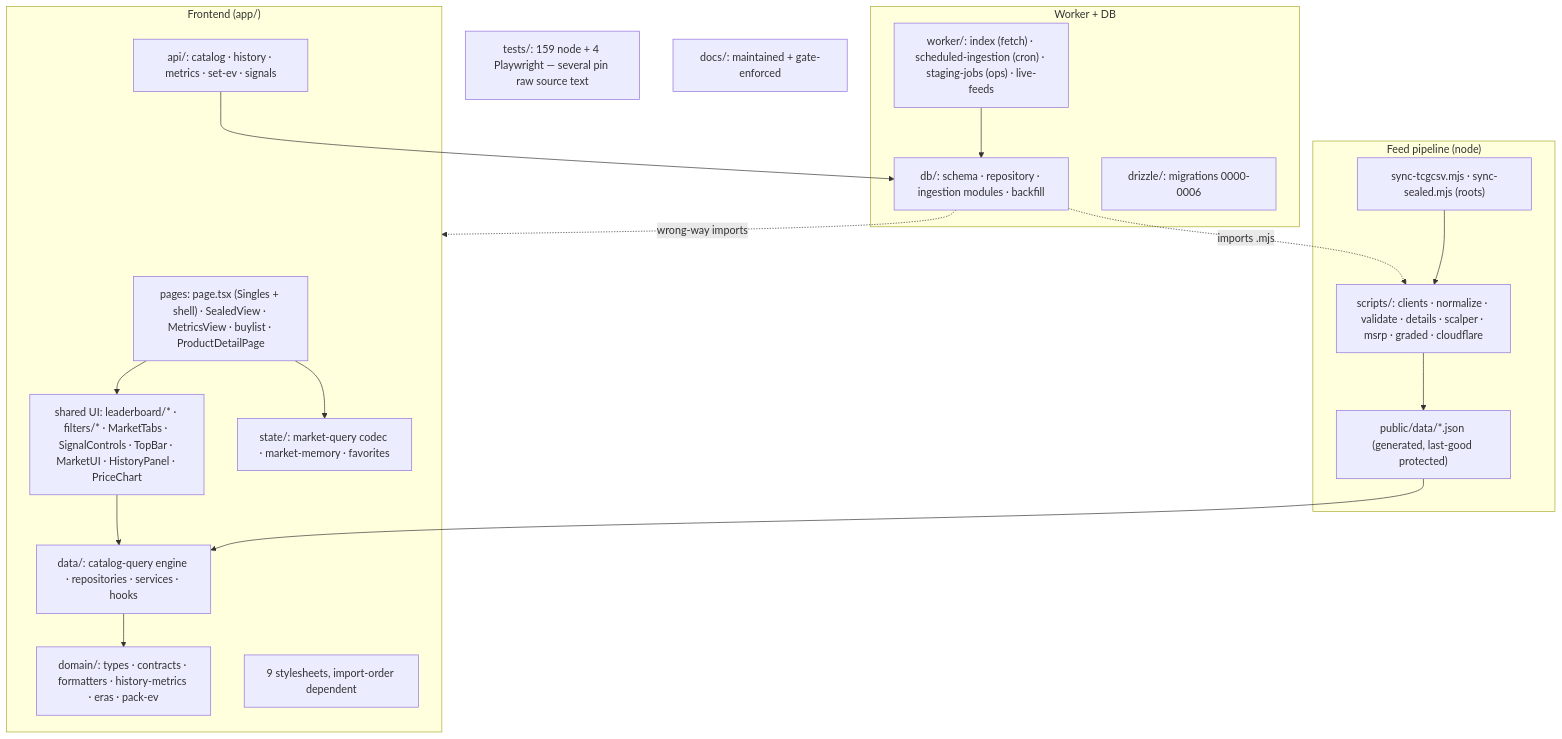
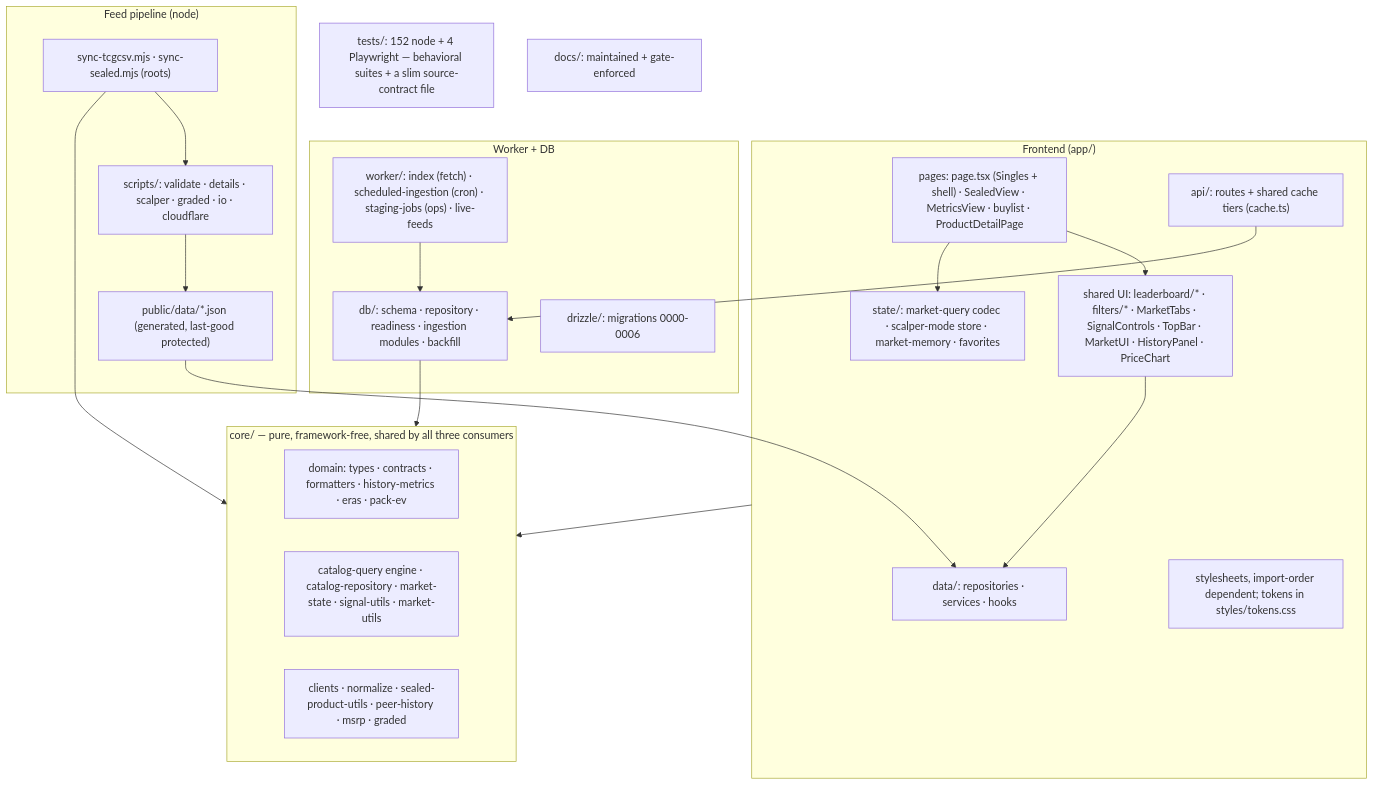
Before and after one commit to cjord/rawsignal: the first of 3 diagrams in docs/helicopter-view.md, drawn with Mermaid. The commit also changed other lines of this file and 2 other files, not shown here.

First line of the commit message:
docs: helicopter view follows the core/ layering; record the rulings

````diff
--- a/docs/helicopter-view.md
+++ b/docs/helicopter-view.md
@@ -19,33 +19,38 @@
 ```mermaid
 flowchart TB
   subgraph frontend["Frontend (app/)"]
     pages["pages: page.tsx (Singles + shell) · SealedView · MetricsView · buylist · ProductDetailPage"]
     prims["shared UI: leaderboard/* · filters/* · MarketTabs · SignalControls · TopBar · MarketUI · HistoryPanel · PriceChart"]
-    state["state/: market-query codec · market-memory · favorites"]
-    dataL["data/: catalog-query engine · repositories · services · hooks"]
-    domain["domain/: types · contracts · formatters · history-metrics · eras · pack-ev"]
-    api["api/: catalog · history · metrics · set-ev · signals"]
-    css["9 stylesheets, import-order dependent"]
+    state["state/: market-query codec · scalper-mode store · market-memory · favorites"]
+    dataL["data/: repositories · services · hooks"]
+    api["api/: routes + shared cache tiers (cache.ts)"]
+    css["stylesheets, import-order dependent; tokens in styles/tokens.css"]
+  end
+  subgraph core["core/ — pure, framework-free, shared by all three consumers"]
+    domain["domain: types · contracts · formatters · history-metrics · eras · pack-ev"]
+    engine["catalog-query engine · catalog-repository · market-state · signal-utils · market-utils"]
+    pipe["clients · normalize · sealed-product-utils · peer-history · msrp · graded"]
   end
   subgraph backend["Worker + DB"]
     worker["worker/: index (fetch) · scheduled-ingestion (cron) · staging-jobs (ops) · live-feeds"]
-    db["db/: schema · repository · ingestion modules · backfill"]
+    db["db/: schema · repository · readiness · ingestion modules · backfill"]
     drizzle["drizzle/: migrations 0000-0006"]
   end
   subgraph pipeline["Feed pipeline (node)"]
     sync["sync-tcgcsv.mjs · sync-sealed.mjs (roots)"]
-    scripts["scripts/: clients · normalize · validate · details · scalper · msrp · graded · cloudflare"]
+    scripts["scripts/: validate · details · scalper · graded · io · cloudflare"]
     feeds["public/data/*.json (generated, last-good protected)"]
   end
-  tests["tests/: 159 node + 4 Playwright — several pin raw source text"]
+  tests["tests/: 152 node + 4 Playwright — behavioral suites + a slim source-contract file"]
   docs["docs/: maintained + gate-enforced"]
 
-  pages --> prims --> dataL --> domain
+  pages --> prims --> dataL
   pages --> state
+  frontend --> core
   api --> db
   worker --> db
-  db -. "wrong-way imports" .-> frontend
-  db -. "imports .mjs" .-> scripts
+  db --> core
   sync --> scripts --> feeds
+  sync --> core
   feeds --> dataL
 ```
````
